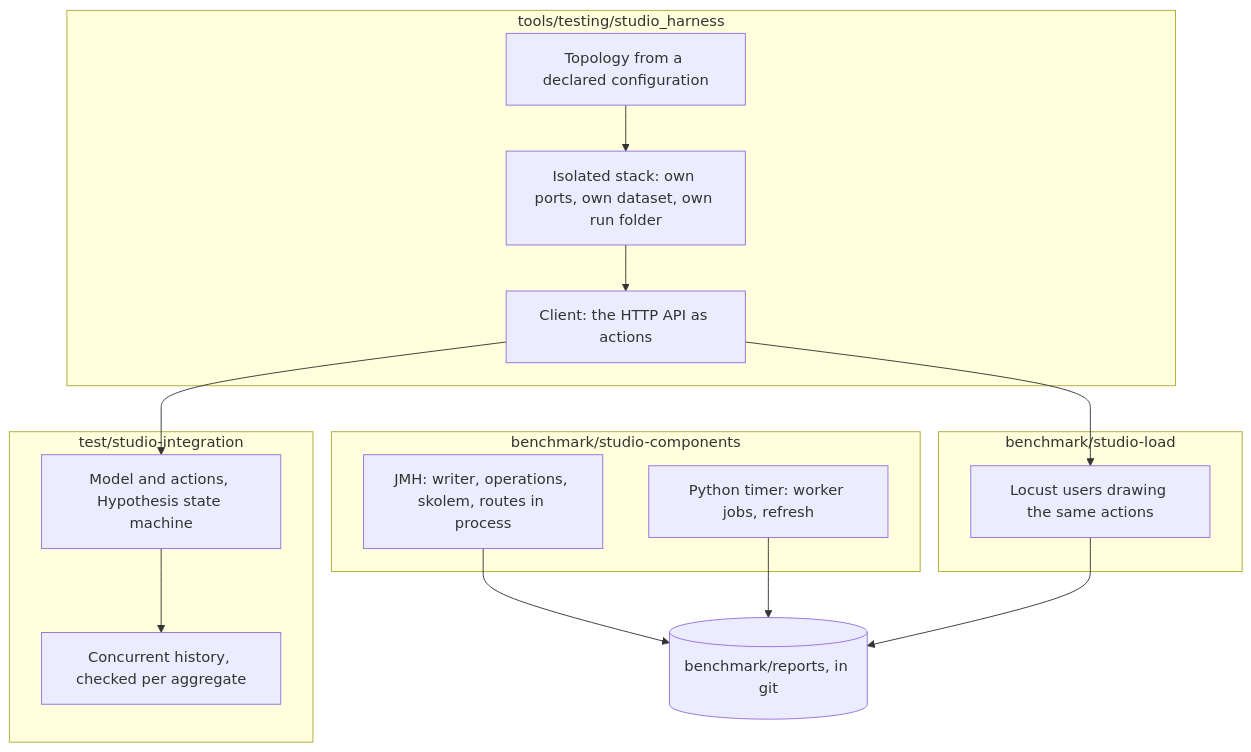
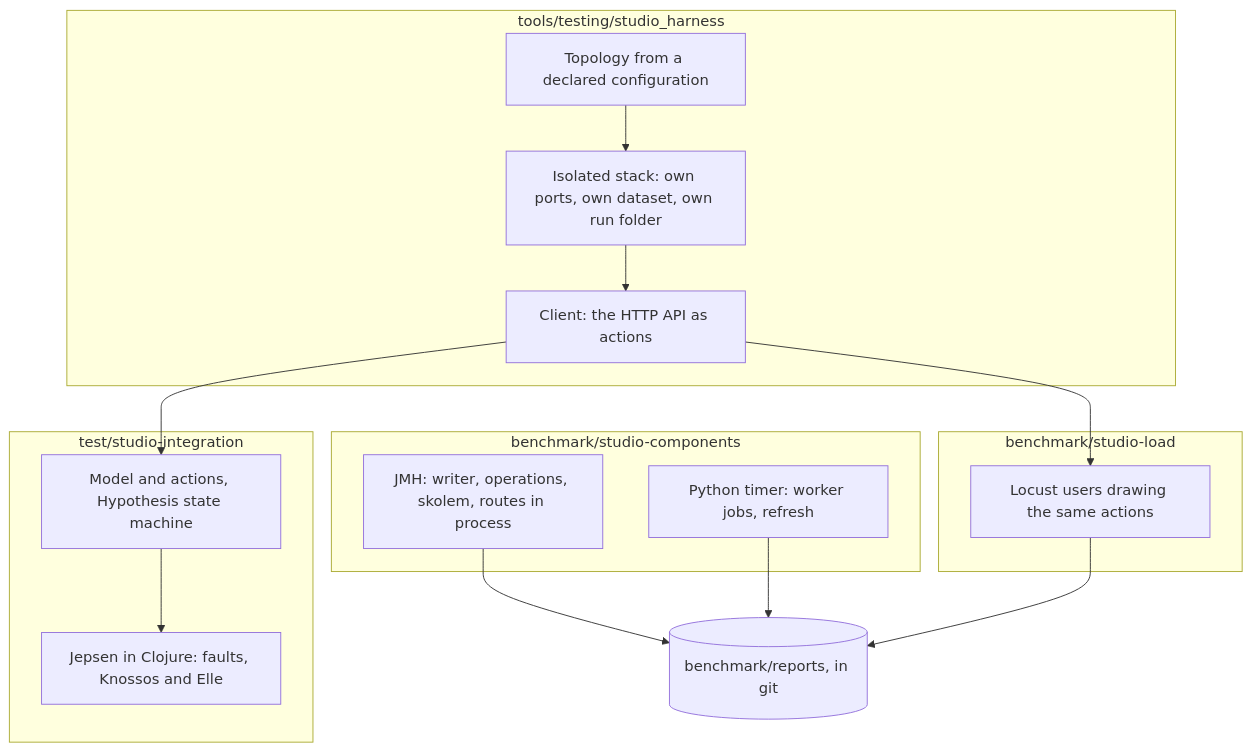
Before and after one commit to nebularis/lattice: the second of 2 diagrams in docs/developer/sketches/studio-quality-kit.md, drawn with Mermaid. The commit also changed other lines of this file and 3 other files, not shown here.

First line of the commit message:
[studio-quality] Jepsen in Clojure for the distributed checks

````diff
--- a/docs/developer/sketches/studio-quality-kit.md
+++ b/docs/developer/sketches/studio-quality-kit.md
@@ -47,24 +47,24 @@
 ```mermaid
 flowchart TB
   subgraph Harness["tools/testing/studio_harness"]
     TOP[Topology from a declared configuration] --> RUN[Isolated stack: own ports, own dataset, own run folder]
     RUN --> CL[Client: the HTTP API as actions]
   end
   subgraph Component["benchmark/studio-components"]
     J[JMH: writer, operations, skolem, routes in process]
     P[Python timer: worker jobs, refresh]
   end
   subgraph Integration["test/studio-integration"]
     M[Model and actions, Hypothesis state machine]
-    H[Concurrent history, checked per aggregate]
+    H[Jepsen in Clojure: faults, Knossos and Elle]
   end
   subgraph Load["benchmark/studio-load"]
     L[Locust users drawing the same actions]
   end
   CL --> M
   CL --> L
   M --> H
   J --> R[(benchmark/reports, in git)]
   P --> R
   L --> R
 ```
````
